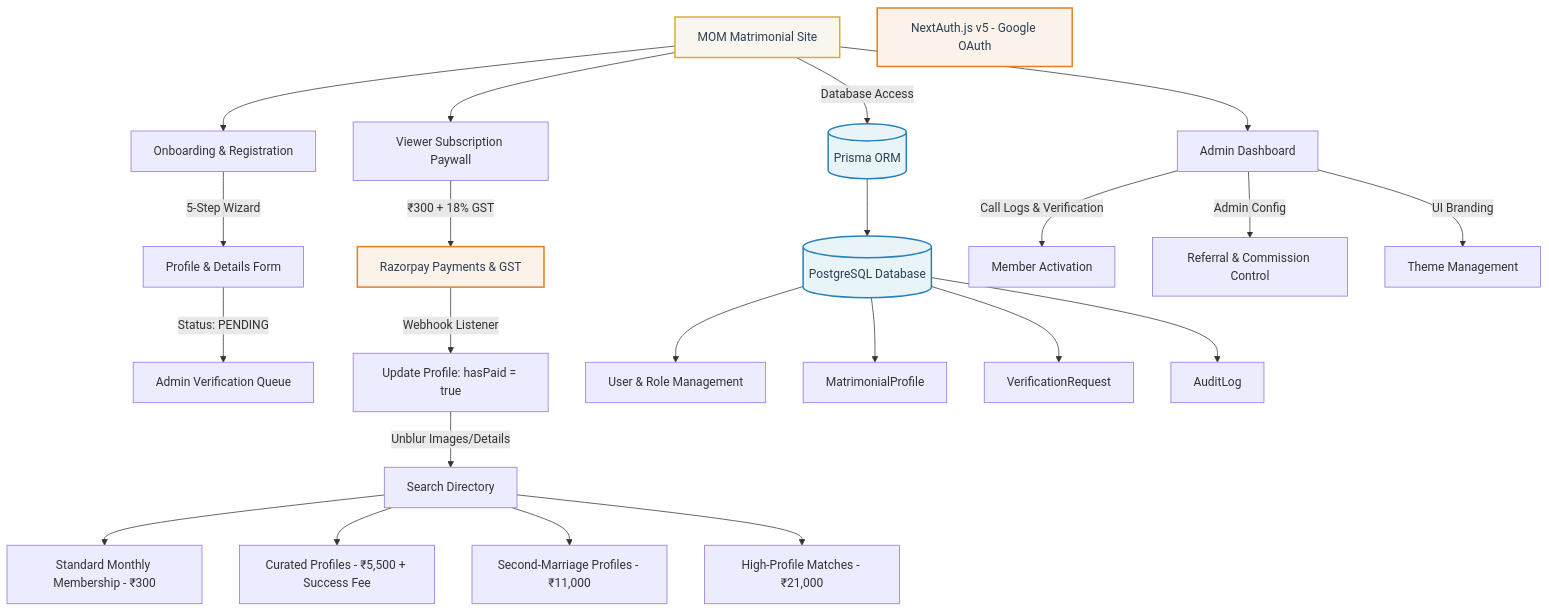
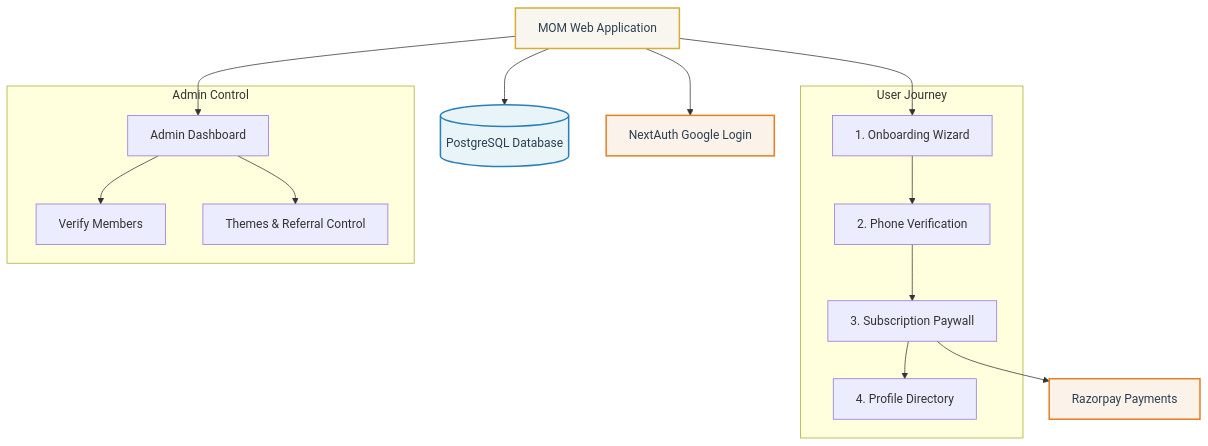
Before and after one commit to faizan1405/gulzar: the diagram in notes.md, drawn with Mermaid. The commit also changed 9 other files, not shown here.

Commit message:
Implement Premium Packages Module (Standard, Curated, Second-Marriage, High-Profile)

````diff
--- a/notes.md
+++ b/notes.md
@@ -11,46 +11,34 @@
 ```mermaid
 graph TD
     %% Styling
     classDef main fill:#f9f6f0,stroke:#d4af37,stroke-width:2px,color:#2c3e50;
     classDef database fill:#e8f4f8,stroke:#2980b9,stroke-width:2px,color:#2c3e50;
     classDef external fill:#fbf2ea,stroke:#e67e22,stroke-width:2px,color:#2c3e50;
     
-    %% Core Modules
-    App[MOM Matrimonial Site]:::main
+    %% Main Architecture
+    App[MOM Web Application]:::main
     Database[(PostgreSQL Database)]:::database
-    Prisma[(Prisma ORM)]:::database
-    Auth[NextAuth.js v5 - Google OAuth]:::external
-    Razorpay[Razorpay Payments & GST]:::external
+    Auth[NextAuth Google Login]:::external
+    Razorpay[Razorpay Payments]:::external
 
-    App --> |Database Access| Prisma
-    Prisma --> Database
+    App --> Auth
+    App --> Database
 
     %% User Flow
-    App --> Onboarding[Onboarding & Registration]
-    Onboarding --> |5-Step Wizard| ProfileForm[Profile & Details Form]
-    ProfileForm --> |Status: PENDING| VerQueue[Admin Verification Queue]
+    subgraph User Journey
+        Onboarding[1. Onboarding Wizard] --> Verification[2. Phone Verification]
+        Verification --> Paywall[3. Subscription Paywall]
+        Paywall --> Search[4. Profile Directory]
+    end
+    
+    App --> Onboarding
+    Paywall --> Razorpay
 
-    %% Payment Flow
-    App --> Paywall[Viewer Subscription Paywall]
-    Paywall --> |₹300 + 18% GST| Razorpay
-    Razorpay --> |Webhook Listener| PayStatus[Update Profile: hasPaid = true]
-    PayStatus --> |Unblur Images/Details| Directory[Search Directory]
-
-    %% Profiles Types
-    Directory --> Standard[Standard Monthly Membership - ₹300]
-    Directory --> Curated[Curated Profiles - ₹5,500 + Success Fee]
-    Directory --> SecondMarriage[Second-Marriage Profiles - ₹11,000]
-    Directory --> HighProfile[High-Profile Matches - ₹21,000]
-
-    %% Admin Panel
-    App --> AdminPanel[Admin Dashboard]
-    AdminPanel --> |Call Logs & Verification| MemberVerification[Member Activation]
-    AdminPanel --> |Admin Config| ReferralConfig[Referral & Commission Control]
-    AdminPanel --> |UI Branding| ThemeConfig[Theme Management]
-
-    %% DB Schema Modules
-    Database --> UserTable[User & Role Management]
-    Database --> ProfileTable[MatrimonialProfile]
-    Database --> ReqTable[VerificationRequest]
-    Database --> AuditTable[AuditLog]
+    %% Admin Flow
+    subgraph Admin Control
+        AdminPanel[Admin Dashboard] --> MemberVerify[Verify Members]
+        AdminPanel --> Settings[Themes & Referral Control]
+    end
+    
+    App --> AdminPanel
 ```
````
